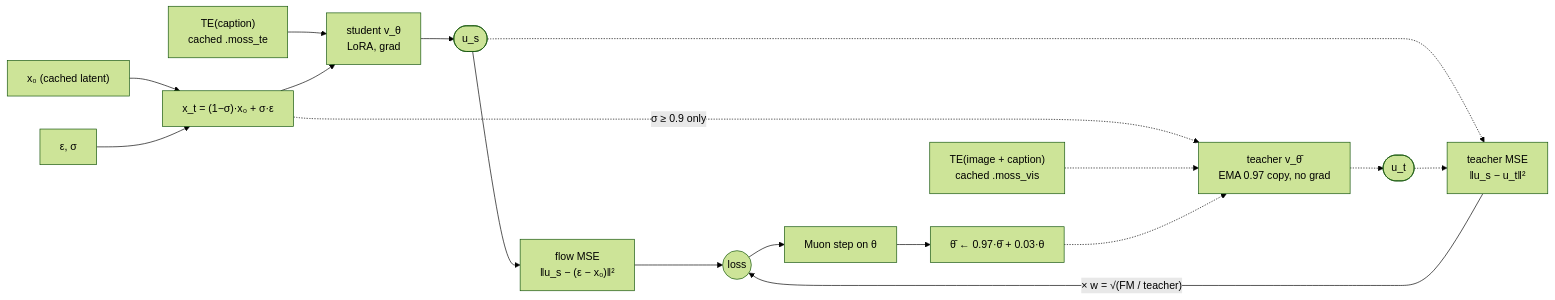
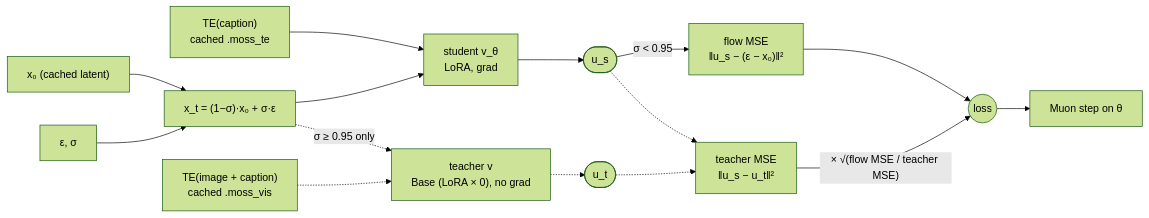
One commit to sorryhyun/anima_lora changed the first of 2 diagrams in docs/moss/experimental/self_distill.md. Above: the diagram before and after it, drawn with Mermaid (forest theme). The commit also changed other lines of this file and 15 other files, not shown here.

````diff
--- a/docs/moss/experimental/self_distill.md
+++ b/docs/moss/experimental/self_distill.md
@@ -21,22 +19,20 @@
 ```mermaid
 flowchart LR
     x0["x₀ (cached latent)"] --> xt
     eps["ε, σ"] --> xt["x_t = (1−σ)·x₀ + σ·ε"]
 
     cap["TE(caption)<br/>cached .moss_te"] --> S
     xt --> S["student v_θ<br/>LoRA, grad"]
     S --> us(["u_s"])
 
-    us --> FM["flow MSE<br/>‖u_s − (ε − x₀)‖²"]
-    xt -.->|"σ ≥ 0.9 only"| T
-    img["TE(image + caption)<br/>cached .moss_vis"] -.-> T["teacher v_θ̄<br/>EMA 0.97 copy, no grad"]
+    us -->|"σ < 0.95"| FM["flow MSE<br/>‖u_s − (ε − x₀)‖²"]
+    xt -.->|"σ ≥ 0.95 only"| T
+    img["TE(image + caption)<br/>cached .moss_vis"] -.-> T["teacher v<br/>Base (LoRA × 0), no grad"]
     T -.-> ut(["u_t"])
     us -.-> D["teacher MSE<br/>‖u_s − u_t‖²"]
     ut -.-> D
 
     FM --> L(("loss"))
-    D -->|"× w = √(FM / teacher)"| L
+    D -->|"× √(flow MSE / teacher MSE)"| L
     L --> step["Muon step on θ"]
-    step --> ema["θ̄ ← 0.97·θ̄ + 0.03·θ"]
-    ema -.-> T
 ```
````
